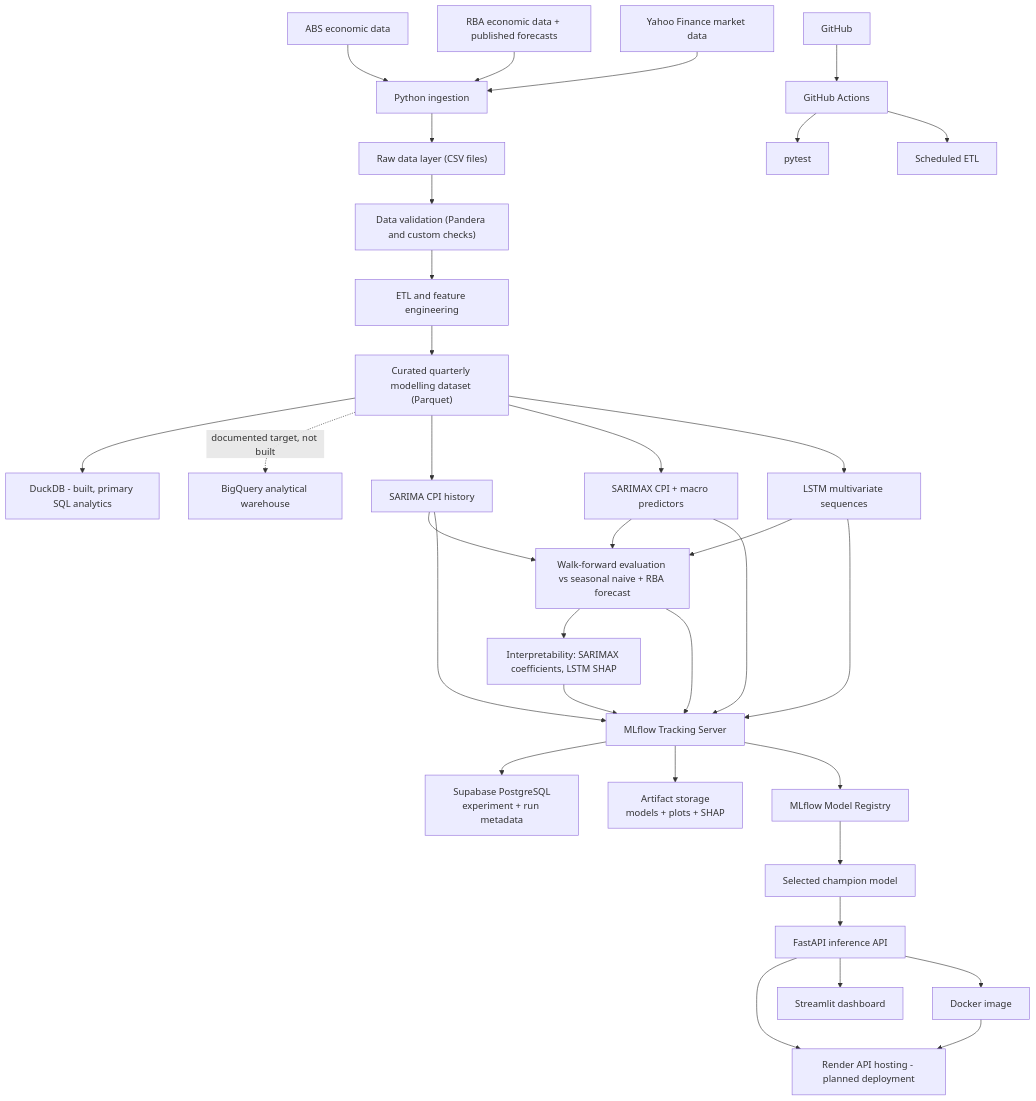
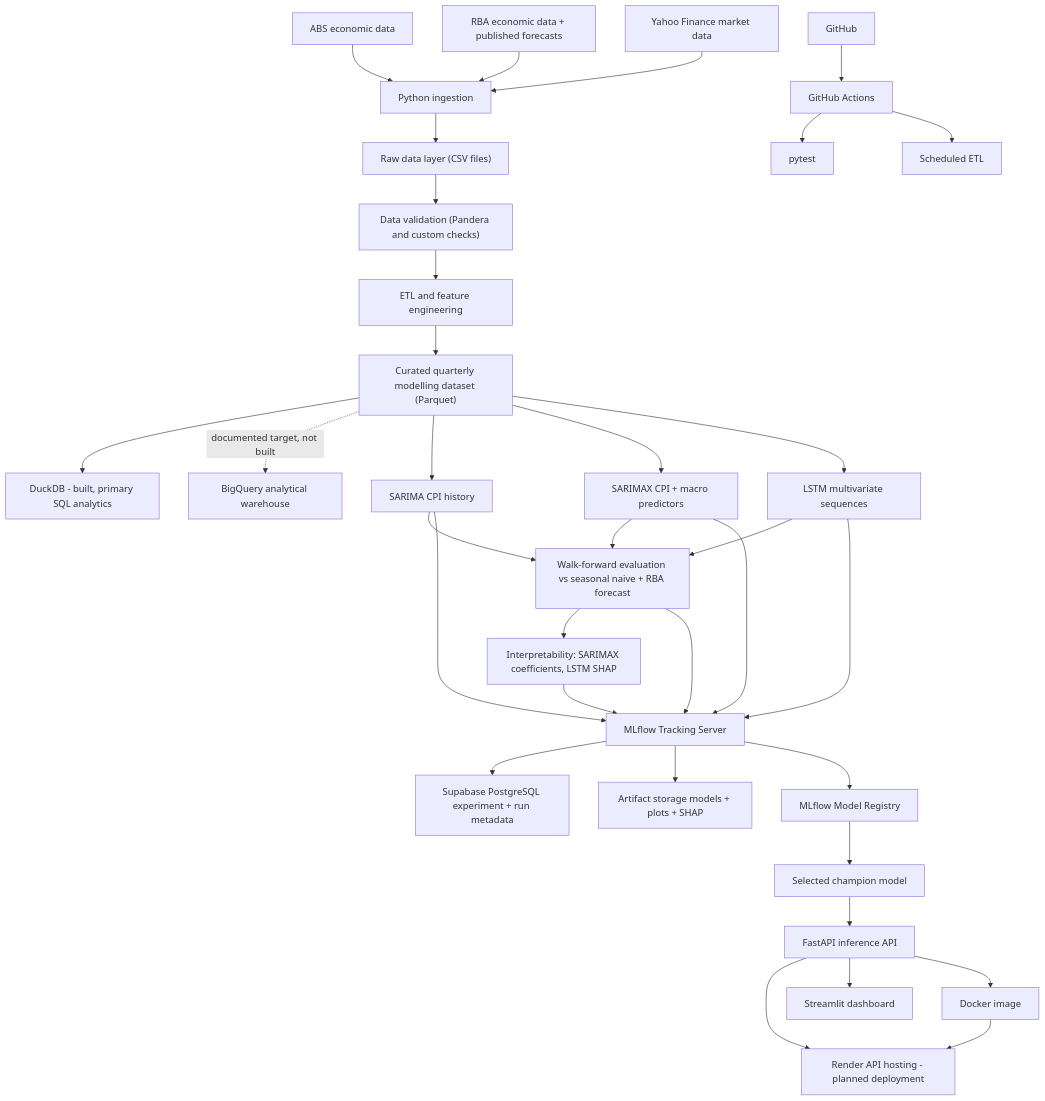
One commit to JuanVu1810/Australian-CPI-Forecast changed the diagram in PROJECT_ARCHITECTURE.md. Above: the diagram before and after it, drawn with Mermaid.

Commit message:
Fix formatting in PROJECT_ARCHITECTURE.md

````diff
--- a/PROJECT_ARCHITECTURE.md
+++ b/PROJECT_ARCHITECTURE.md
@@ -207,41 +207,41 @@
 ```mermaid
 flowchart TD
     ABS["ABS economic data"] --> INGEST["Python ingestion"]
     RBA["RBA economic data + published forecasts"] --> INGEST
     YF["Yahoo Finance market data"] --> INGEST
 
     INGEST --> RAW["Raw data layer (CSV files)"]
     RAW --> VALIDATE["Data validation (Pandera and custom checks)"]
     VALIDATE --> ETL["ETL and feature engineering"]
     ETL --> CURATED["Curated quarterly modelling dataset (Parquet)"]
 
     CURATED --> DUCKDB["DuckDB - built, primary SQL analytics"]
     CURATED -. "documented target, not built" .-> BQ["BigQuery analytical warehouse"]
 
     CURATED --> SARIMA["SARIMA CPI history"]
     CURATED --> SARIMAX["SARIMAX CPI + macro predictors"]
     CURATED --> LSTM["LSTM multivariate sequences"]
     SARIMA --> EVAL["Walk-forward evaluation vs seasonal naive + RBA forecast"]
     SARIMAX --> EVAL
     LSTM --> EVAL
     EVAL --> INTERP["Interpretability: SARIMAX coefficients, LSTM SHAP"]
 
     SARIMA --> MLFLOW["MLflow Tracking Server"]
     SARIMAX --> MLFLOW
     LSTM --> MLFLOW
     EVAL --> MLFLOW
     INTERP --> MLFLOW
-    MLFLOW --> POSTGRES["Supabase PostgreSQL<br/>experiment + run metadata"]
-    MLFLOW --> ARTIFACTS["Artifact storage<br/>models + plots + SHAP"]
+    MLFLOW --> POSTGRES["Supabase PostgreSQL experiment + run metadata"]
+    MLFLOW --> ARTIFACTS["Artifact storage models + plots + SHAP"]
     MLFLOW --> REGISTRY["MLflow Model Registry"]
     REGISTRY --> CHAMPION["Selected champion model"]
     CHAMPION --> API["FastAPI inference API"]
     API --> RENDER["Render API hosting - planned deployment"]
     API --> STREAMLIT["Streamlit dashboard"]
 
     GITHUB["GitHub"] --> ACTIONS["GitHub Actions"]
     ACTIONS --> TESTS["pytest"]
     ACTIONS --> SCHEDULE["Scheduled ETL"]
     API --> DOCKER["Docker image"]
     DOCKER --> RENDER
 ```
````
